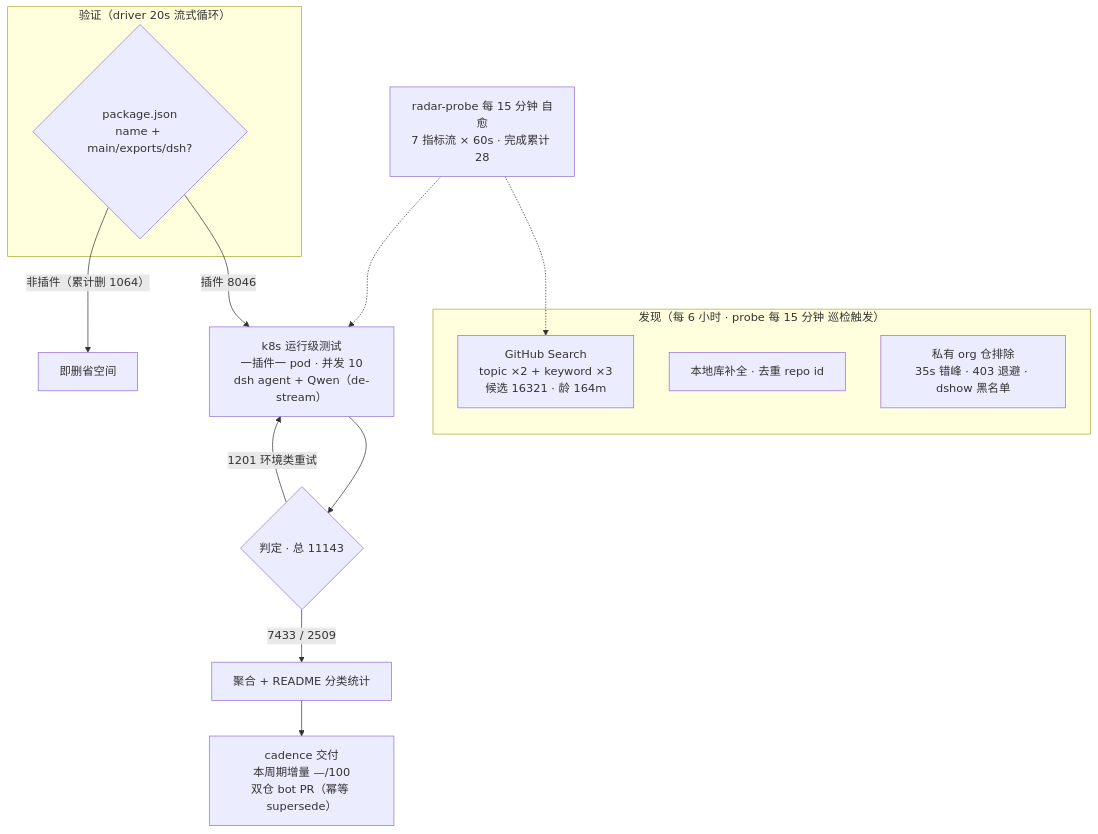
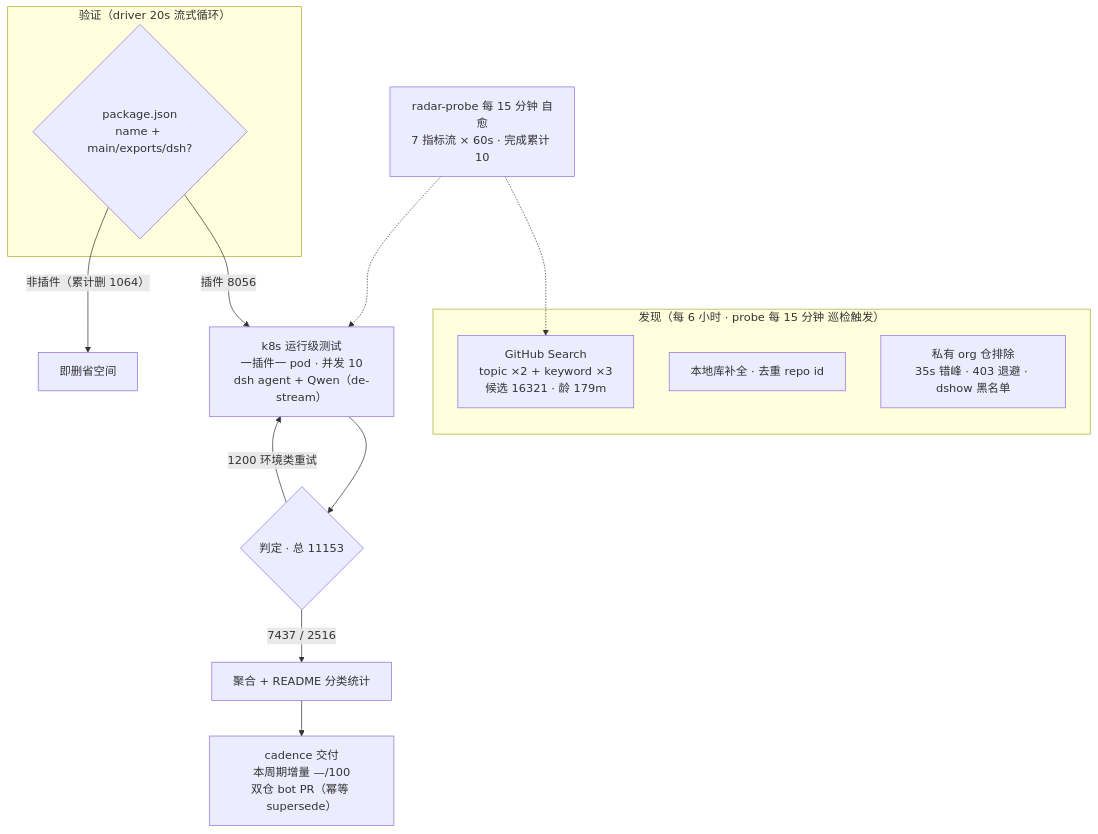
Before and after one commit to Zhidao-Lab-OSS/awesome-dsh-plugins: the diagram in README.md, drawn with Mermaid. The commit also changed other lines of this file and 1 other file, not shown here.

````diff
--- a/README.md
+++ b/README.md
@@ -52,20 +52,20 @@
 ```mermaid
 flowchart TB
     subgraph Discovery["发现（每 6 小时 · probe 每 15 分钟 巡检触发）"]
-        A1["GitHub Search<br/>topic ×2 + keyword ×3<br/>候选 16321 · 龄 164m"]
+        A1["GitHub Search<br/>topic ×2 + keyword ×3<br/>候选 16321 · 龄 179m"]
         A2["本地库补全 · 去重 repo id"]
         A3["私有 org 仓排除<br/>35s 错峰 · 403 退避 · dshow 黑名单"]
     end
     subgraph Validation["验证（driver 20s 流式循环）"]
         B1{"package.json<br/>name + main/exports/dsh?"}
     end
-    B1 -->|"插件 8046"| C1["k8s 运行级测试<br/>一插件一 pod · 并发 10<br/>dsh agent + Qwen（de-stream）"]
+    B1 -->|"插件 8056"| C1["k8s 运行级测试<br/>一插件一 pod · 并发 10<br/>dsh agent + Qwen（de-stream）"]
     B1 -->|"非插件（累计删 1064）"| B3["即删省空间"]
-    C1 --> D1{"判定 · 总 11143"}
-    D1 -->|"7433 / 2509"| E1["聚合 + README 分类统计"]
-    D1 -->|"1201 环境类重试"| C1
+    C1 --> D1{"判定 · 总 11153"}
+    D1 -->|"7437 / 2516"| E1["聚合 + README 分类统计"]
+    D1 -->|"1200 环境类重试"| C1
     E1 --> E2["cadence 交付<br/>本周期增量 —/100<br/>双仓 bot PR（幂等 supersede）"]
-    M["radar-probe 每 15 分钟 自愈<br/>7 指标流 × 60s · 完成累计 28"]
+    M["radar-probe 每 15 分钟 自愈<br/>7 指标流 × 60s · 完成累计 10"]
     M -.-> A1
     M -.-> C1
 ```
````
